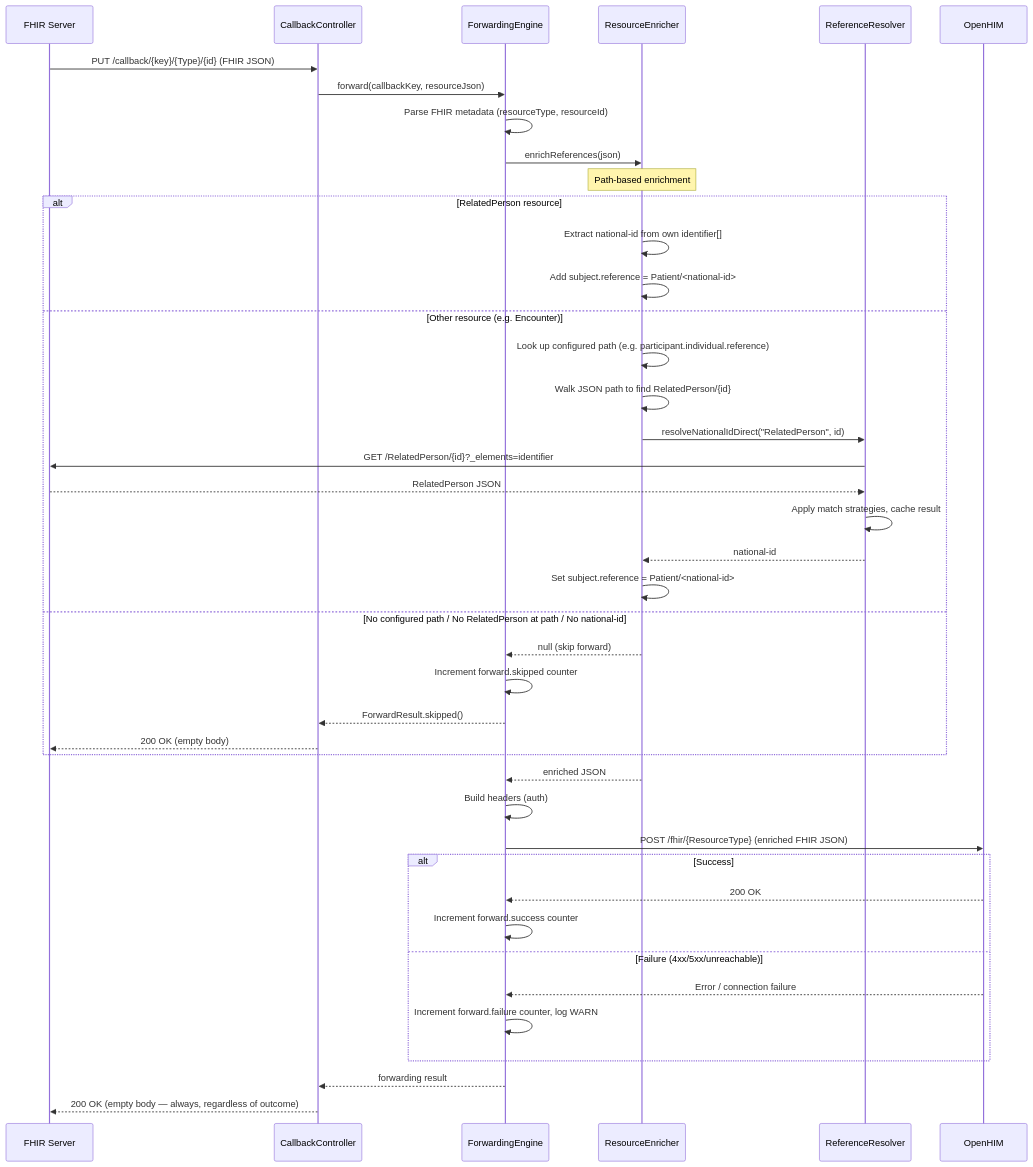
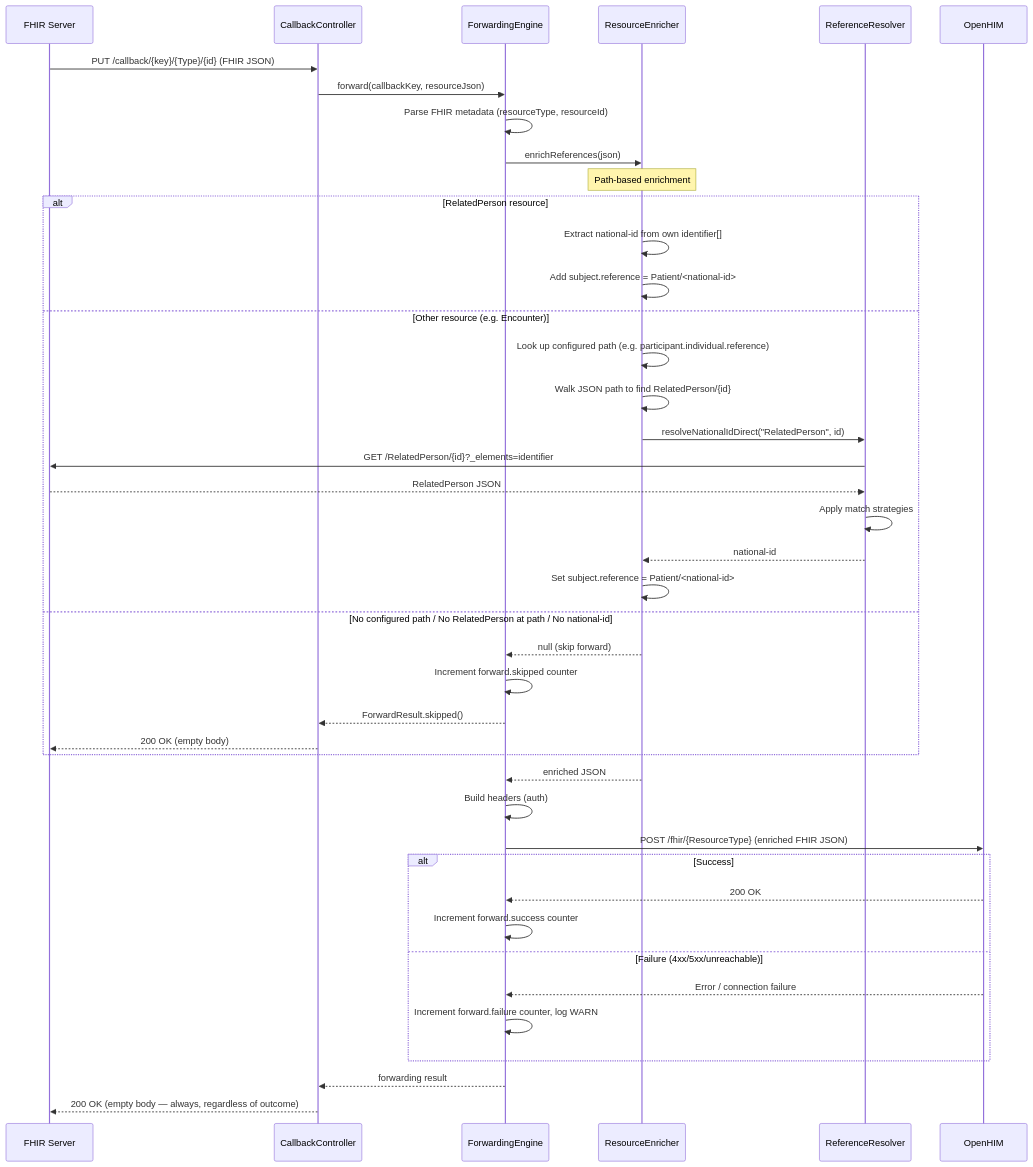
Before and after one commit to ishashankakkasali/fhir-cce-emitter-adaptor: the second of 2 diagrams in docs/architecture.md, drawn with Mermaid. The commit also changed other lines of this file and 6 other files, not shown here.

````diff
--- a/docs/architecture.md
+++ b/docs/architecture.md
@@ -293,47 +293,47 @@
 ```mermaid
 sequenceDiagram
     participant FS as FHIR Server
     participant CB as CallbackController
     participant FE as ForwardingEngine
     participant RE as ResourceEnricher
     participant RR as ReferenceResolver
     participant T as OpenHIM
 
     FS->>CB: PUT /callback/{key}/{Type}/{id} (FHIR JSON)
     CB->>FE: forward(callbackKey, resourceJson)
     FE->>FE: Parse FHIR metadata (resourceType, resourceId)
     FE->>RE: enrichReferences(json)
 
     Note over RE: Path-based enrichment
     alt RelatedPerson resource
         RE->>RE: Extract national-id from own identifier[]
         RE->>RE: Add subject.reference = Patient/<national-id>
     else Other resource (e.g. Encounter)
         RE->>RE: Look up configured path (e.g. participant.individual.reference)
         RE->>RE: Walk JSON path to find RelatedPerson/{id}
         RE->>RR: resolveNationalIdDirect("RelatedPerson", id)
         RR->>FS: GET /RelatedPerson/{id}?_elements=identifier
         FS-->>RR: RelatedPerson JSON
-        RR->>RR: Apply match strategies, cache result
+        RR->>RR: Apply match strategies
         RR-->>RE: national-id
         RE->>RE: Set subject.reference = Patient/<national-id>
     else No configured path / No RelatedPerson at path / No national-id
         RE-->>FE: null (skip forward)
         FE->>FE: Increment forward.skipped counter
         FE-->>CB: ForwardResult.skipped()
         CB-->>FS: 200 OK (empty body)
     end
 
     RE-->>FE: enriched JSON
     FE->>FE: Build headers (auth)
     FE->>T: POST /fhir/{ResourceType} (enriched FHIR JSON)
     alt Success
         T-->>FE: 200 OK
         FE->>FE: Increment forward.success counter
     else Failure (4xx/5xx/unreachable)
         T-->>FE: Error / connection failure
         FE->>FE: Increment forward.failure counter, log WARN
     end
     FE-->>CB: forwarding result
     CB-->>FS: 200 OK (empty body — always, regardless of outcome)
 ```
````
